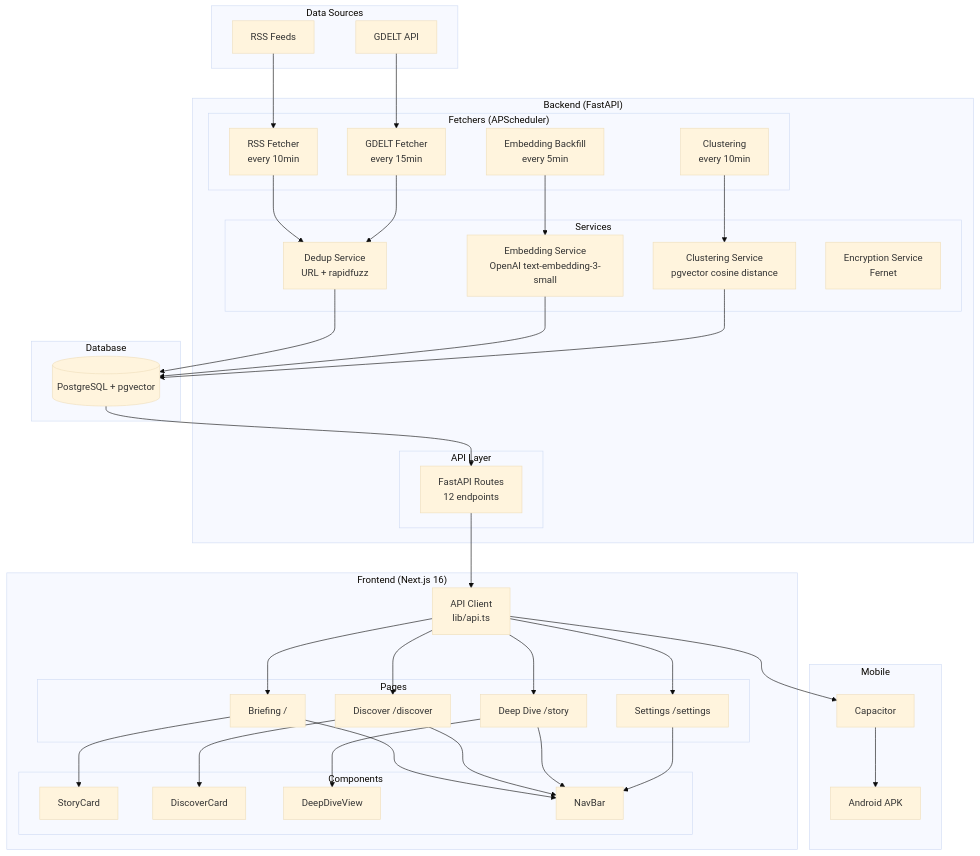
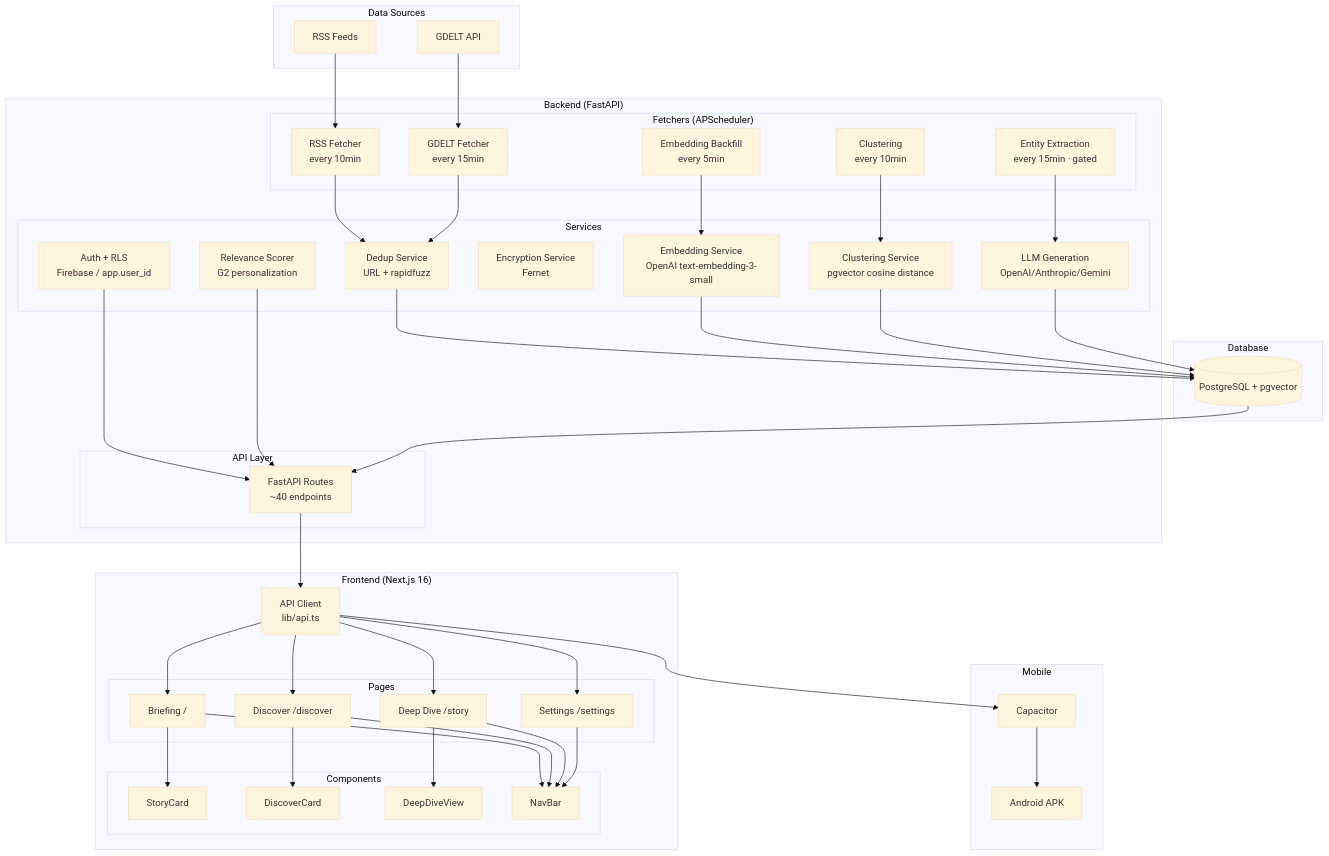
The first of 4 diagrams in ARCHITECTURE.md (Mr-Genesis/newslens), drawn with Mermaid (base theme) before and after one commit. The commit also changed other lines of this file and 8 other files, not shown here.

First line of the commit message:
docs: sync all living docs to the current system (G1/G2/BYOM/auth/personalization)

````diff
--- a/ARCHITECTURE.md
+++ b/ARCHITECTURE.md
@@ -9,69 +11,76 @@
 ```mermaid
 graph TB
     subgraph "Data Sources"
         RSS[RSS Feeds]
         GDELT[GDELT API]
     end
 
     subgraph "Backend (FastAPI)"
         subgraph "Fetchers (APScheduler)"
             RF[RSS Fetcher<br/>every 10min]
             GF[GDELT Fetcher<br/>every 15min]
             EB[Embedding Backfill<br/>every 5min]
             CL[Clustering<br/>every 10min]
+            EE[Entity Extraction<br/>every 15min · gated]
         end
 
         subgraph "Services"
             DEDUP[Dedup Service<br/>URL + rapidfuzz]
             EMB[Embedding Service<br/>OpenAI text-embedding-3-small]
             CLUST[Clustering Service<br/>pgvector cosine distance]
             ENC[Encryption Service<br/>Fernet]
+            LLM[LLM Generation<br/>OpenAI/Anthropic/Gemini]
+            AUTH[Auth + RLS<br/>Firebase / app.user_id]
+            REL[Relevance Scorer<br/>G2 personalization]
         end
 
         subgraph "API Layer"
-            ROUTES[FastAPI Routes<br/>12 endpoints]
+            ROUTES[FastAPI Routes<br/>~40 endpoints]
         end
     end
 
     subgraph "Database"
         PG[(PostgreSQL + pgvector)]
     end
 
     subgraph "Frontend (Next.js 16)"
         subgraph "Pages"
             BRIEF[Briefing /]
             DISC[Discover /discover]
             DEEP[Deep Dive /story]
             SETT[Settings /settings]
         end
 
         subgraph "Components"
             SC[StoryCard]
             DC[DiscoverCard]
             DDV[DeepDiveView]
             NAV[NavBar]
         end
 
         API_CLIENT[API Client<br/>lib/api.ts]
     end
 
     subgraph "Mobile"
         CAP[Capacitor]
         APK[Android APK]
     end
 
     RSS --> RF
     GDELT --> GF
     RF --> DEDUP --> PG
     GF --> DEDUP
     EB --> EMB --> PG
     CL --> CLUST --> PG
+    EE --> LLM --> PG
+    AUTH --> ROUTES
+    REL --> ROUTES
     PG --> ROUTES
     ROUTES --> API_CLIENT
     API_CLIENT --> BRIEF & DISC & DEEP & SETT
     BRIEF --> SC
     DISC --> DC
     DEEP --> DDV
     BRIEF & DISC & DEEP & SETT --> NAV
     API_CLIENT --> CAP --> APK
 ```
````
